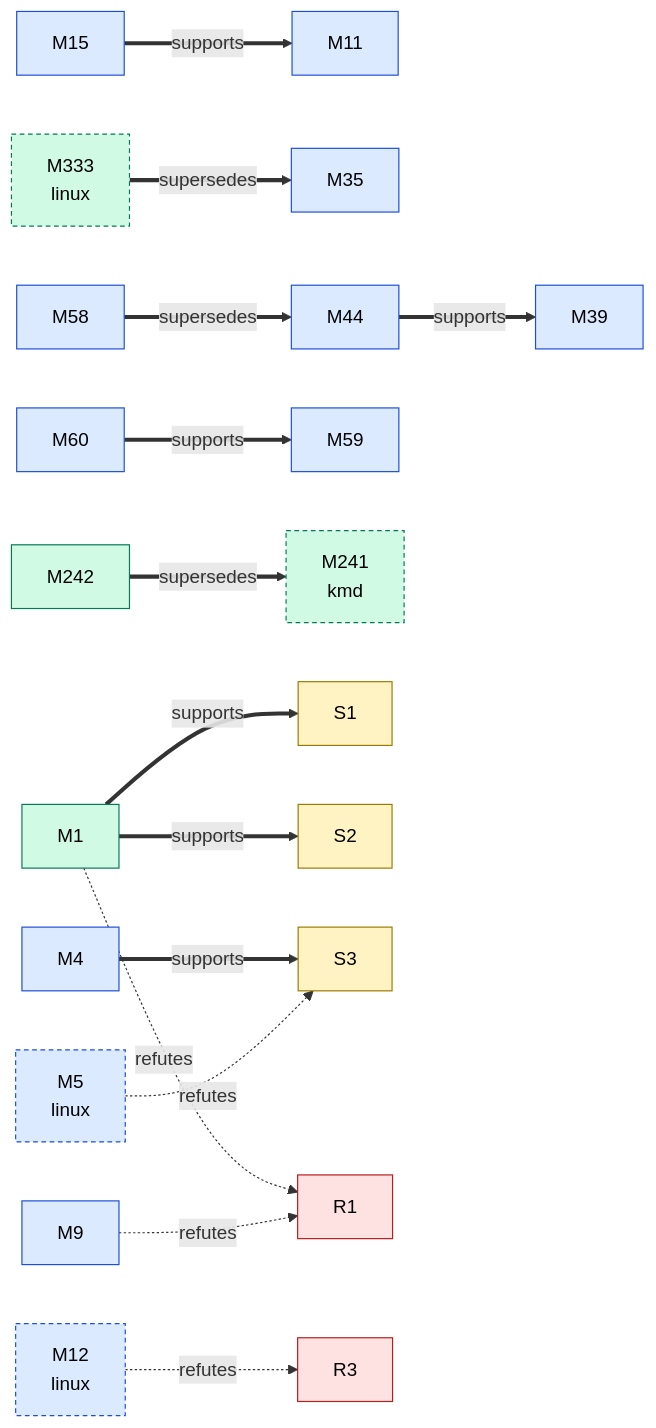
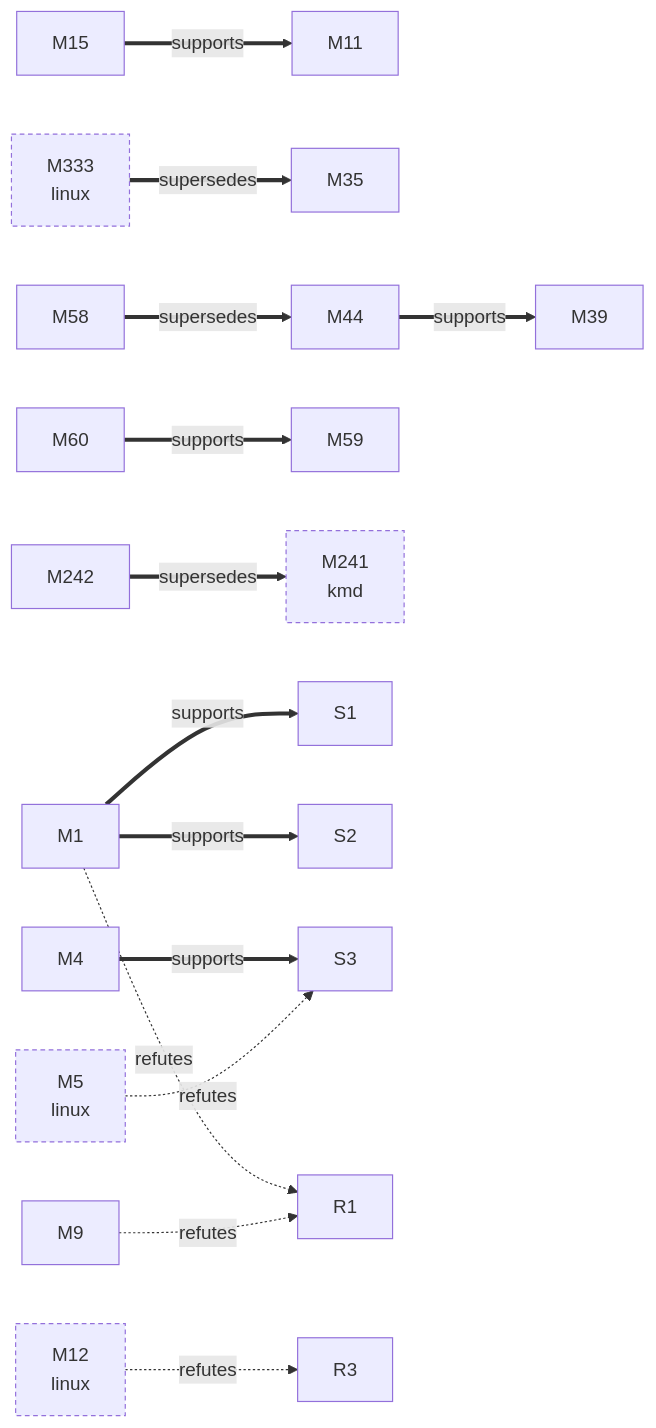
The first of 2 diagrams in docs/facts/graphs/hardware.md (D-Ogi/amdgpu-wddm), drawn with Mermaid before and after one commit. The commit also changed other lines of this file and 9 other files, not shown here.

First line of the commit message:
docs/facts: plain graph nodes, no status colouring

````diff
--- a/docs/facts/graphs/hardware.md
+++ b/docs/facts/graphs/hardware.md
@@ -9,43 +9,39 @@
 ```mermaid
 flowchart LR
-  M1["M1"]:::CONFIRMED
-  M4["M4"]:::MEASURED
-  M5["M5<br/>linux"]:::MEASURED
-  M9["M9"]:::MEASURED
-  M11["M11"]:::MEASURED
-  M12["M12<br/>linux"]:::MEASURED
-  M15["M15"]:::MEASURED
-  M35["M35"]:::MEASURED
-  M39["M39"]:::MEASURED
-  M44["M44"]:::MEASURED
-  M58["M58"]:::MEASURED
-  M59["M59"]:::MEASURED
-  M60["M60"]:::MEASURED
-  M241["M241<br/>kmd"]:::CONFIRMED
-  M242["M242"]:::CONFIRMED
-  M333["M333<br/>linux"]:::CONFIRMED
-  S1["S1"]:::HYPOTHESIS
-  S2["S2"]:::HYPOTHESIS
-  S3["S3"]:::HYPOTHESIS
-  R1["R1"]:::REFUTED
-  R3["R3"]:::REFUTED
+  M1["M1"]
+  M4["M4"]
+  M5["M5<br/>linux"]
+  M9["M9"]
+  M11["M11"]
+  M12["M12<br/>linux"]
+  M15["M15"]
+  M35["M35"]
+  M39["M39"]
+  M44["M44"]
+  M58["M58"]
+  M59["M59"]
+  M60["M60"]
+  M241["M241<br/>kmd"]
+  M242["M242"]
+  M333["M333<br/>linux"]
+  S1["S1"]
+  S2["S2"]
+  S3["S3"]
+  R1["R1"]
+  R3["R3"]
   M1 ==>|supports| S1
   M1 ==>|supports| S2
   M1 -.->|refutes| R1
   M4 ==>|supports| S3
   M9 -.->|refutes| R1
   M15 ==>|supports| M11
   M44 ==>|supports| M39
   M58 ==>|supersedes| M44
   M60 ==>|supports| M59
   M242 ==>|supersedes| M241
   M5 -.->|refutes| S3
   M12 -.->|refutes| R3
   M333 ==>|supersedes| M35
-  classDef HYPOTHESIS fill:#fff3c4,stroke:#9a7b00,color:#000
-  classDef MEASURED fill:#dbeafe,stroke:#1d4ed8,color:#000
-  classDef CONFIRMED fill:#d1fae5,stroke:#047857,color:#000
-  classDef REFUTED fill:#fee2e2,stroke:#b91c1c,color:#000
   classDef other stroke-dasharray:4 3
   class M5,M12,M241,M333 other
 ```
````
